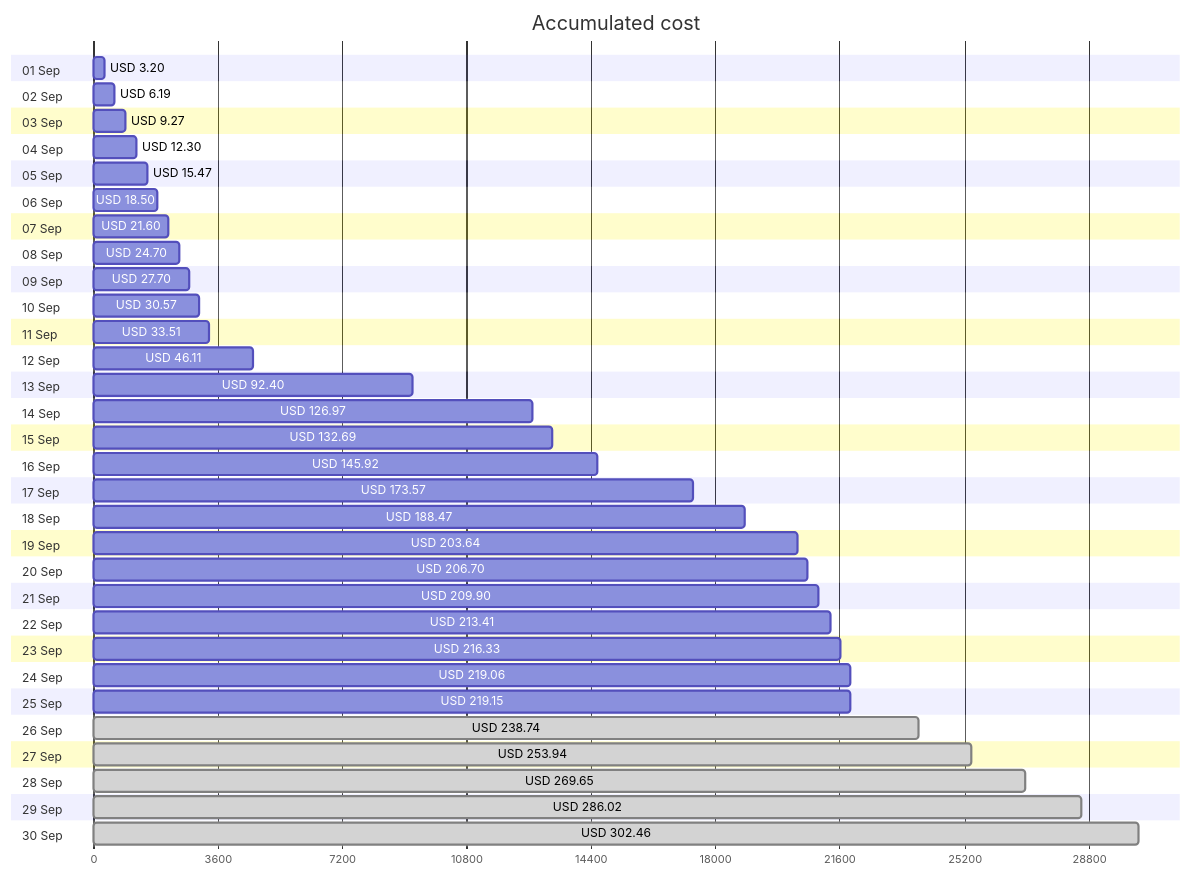
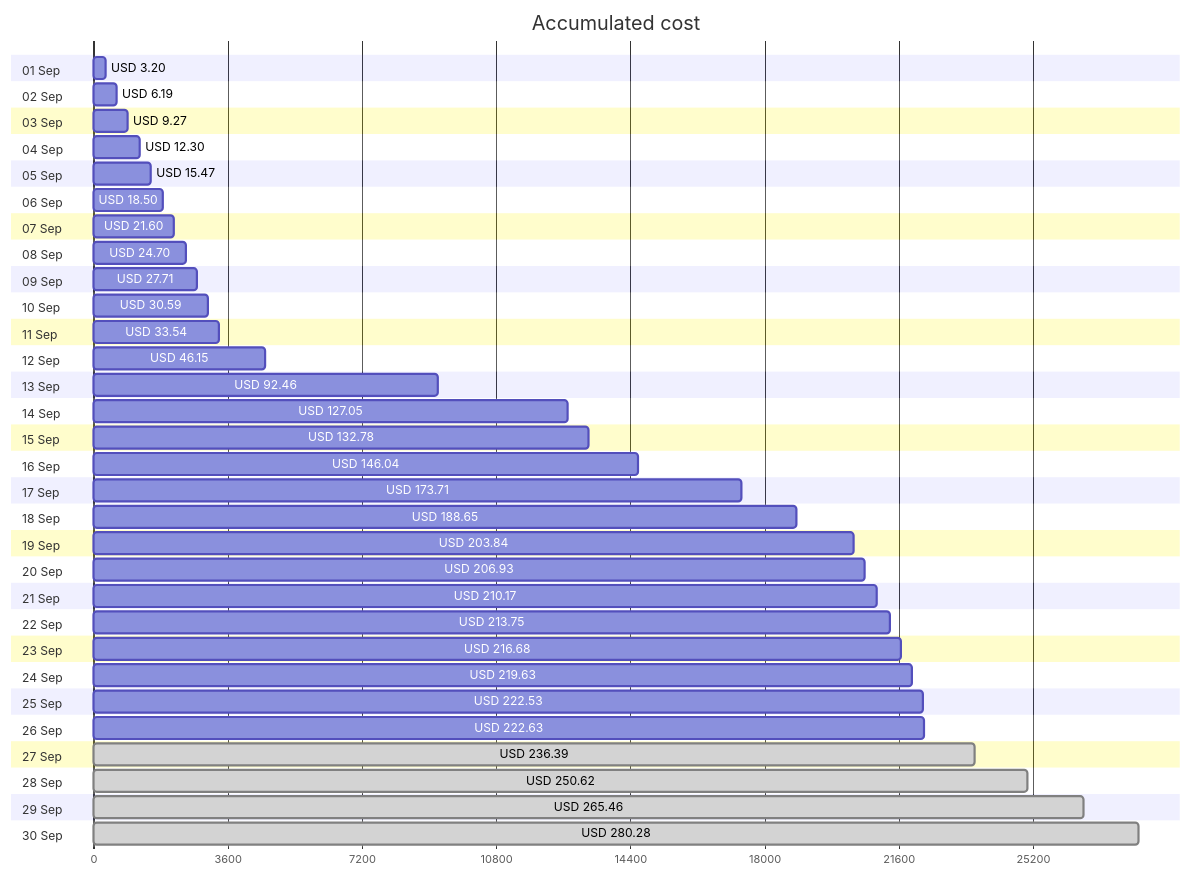
One commit to jpfulton/azure-personal-reports changed the first of 4 diagrams in cost-reports/personal-network/README.md. Above: the diagram before and after it, drawn with Mermaid. The commit also changed other lines of this file and 9 other files, not shown here.

````diff
--- a/cost-reports/personal-network/README.md
+++ b/cost-reports/personal-network/README.md
@@ -20,66 +20,66 @@
 ```mermaid
 gantt
    title Accumulated cost
    dateFormat  X
    axisFormat %s
    section 01 Sep
    USD 3.20 :0, 320
    section 02 Sep
    USD 6.19 :0, 619
    section 03 Sep
    USD 9.27 :0, 927
    section 04 Sep
    USD 12.30 :0, 1230
    section 05 Sep
    USD 15.47 :0, 1547
    section 06 Sep
    USD 18.50 :0, 1850
    section 07 Sep
    USD 21.60 :0, 2160
    section 08 Sep
    USD 24.70 :0, 2470
    section 09 Sep
-   USD 27.70 :0, 2770
+   USD 27.71 :0, 2771
    section 10 Sep
-   USD 30.57 :0, 3057
+   USD 30.59 :0, 3059
    section 11 Sep
-   USD 33.51 :0, 3351
+   USD 33.54 :0, 3354
    section 12 Sep
-   USD 46.11 :0, 4611
+   USD 46.15 :0, 4615
    section 13 Sep
-   USD 92.40 :0, 9240
+   USD 92.46 :0, 9246
    section 14 Sep
-   USD 126.97 :0, 12697
+   USD 127.05 :0, 12705
    section 15 Sep
-   USD 132.69 :0, 13269
+   USD 132.78 :0, 13278
    section 16 Sep
-   USD 145.92 :0, 14592
+   USD 146.04 :0, 14604
    section 17 Sep
-   USD 173.57 :0, 17357
+   USD 173.71 :0, 17371
    section 18 Sep
-   USD 188.47 :0, 18847
+   USD 188.65 :0, 18865
    section 19 Sep
-   USD 203.64 :0, 20364
+   USD 203.84 :0, 20384
    section 20 Sep
-   USD 206.70 :0, 20670
+   USD 206.93 :0, 20693
    section 21 Sep
-   USD 209.90 :0, 20990
+   USD 210.17 :0, 21017
    section 22 Sep
-   USD 213.41 :0, 21341
+   USD 213.75 :0, 21375
    section 23 Sep
-   USD 216.33 :0, 21633
+   USD 216.68 :0, 21668
    section 24 Sep
-   USD 219.06 :0, 21906
+   USD 219.63 :0, 21963
    section 25 Sep
-   USD 219.15 :0, 21915
+   USD 222.53 :0, 22253
    section 26 Sep
-   USD 238.74 : done, 0, 23874
+   USD 222.63 :0, 22263
    section 27 Sep
-   USD 253.94 : done, 0, 25394
+   USD 236.39 : done, 0, 23639
    section 28 Sep
-   USD 269.65 : done, 0, 26965
+   USD 250.62 : done, 0, 25062
    section 29 Sep
-   USD 286.02 : done, 0, 28602
+   USD 265.46 : done, 0, 26546
    section 30 Sep
-   USD 302.46 : done, 0, 30246
+   USD 280.28 : done, 0, 28028
 ```
````
